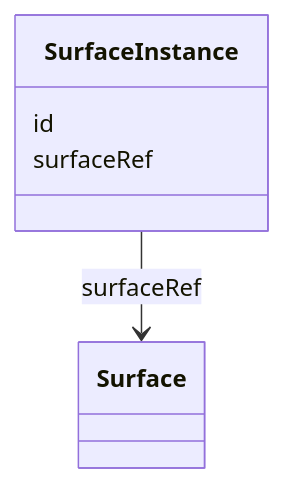
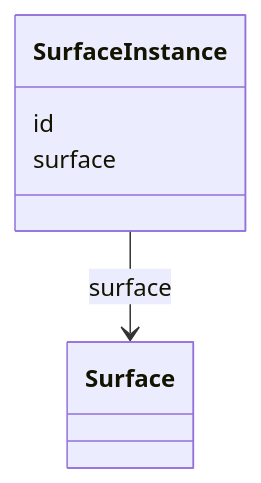
One commit to openuji/spec-ujg changed the fifth of 5 diagrams in specs/ed/surface/index.md. Above: the diagram before and after it, drawn with Mermaid. The commit also changed other lines of this file and 370 other files, not shown here.

````diff
--- a/specs/ed/surface/index.md
+++ b/specs/ed/surface/index.md
@@ -208,9 +184,9 @@
 ```mermaid
 classDiagram
   class Surface
   class SurfaceInstance {
     id
-    surfaceRef
+    surface
   }
-  SurfaceInstance --> Surface : surfaceRef
+  SurfaceInstance --> Surface : surface
 ```
````
